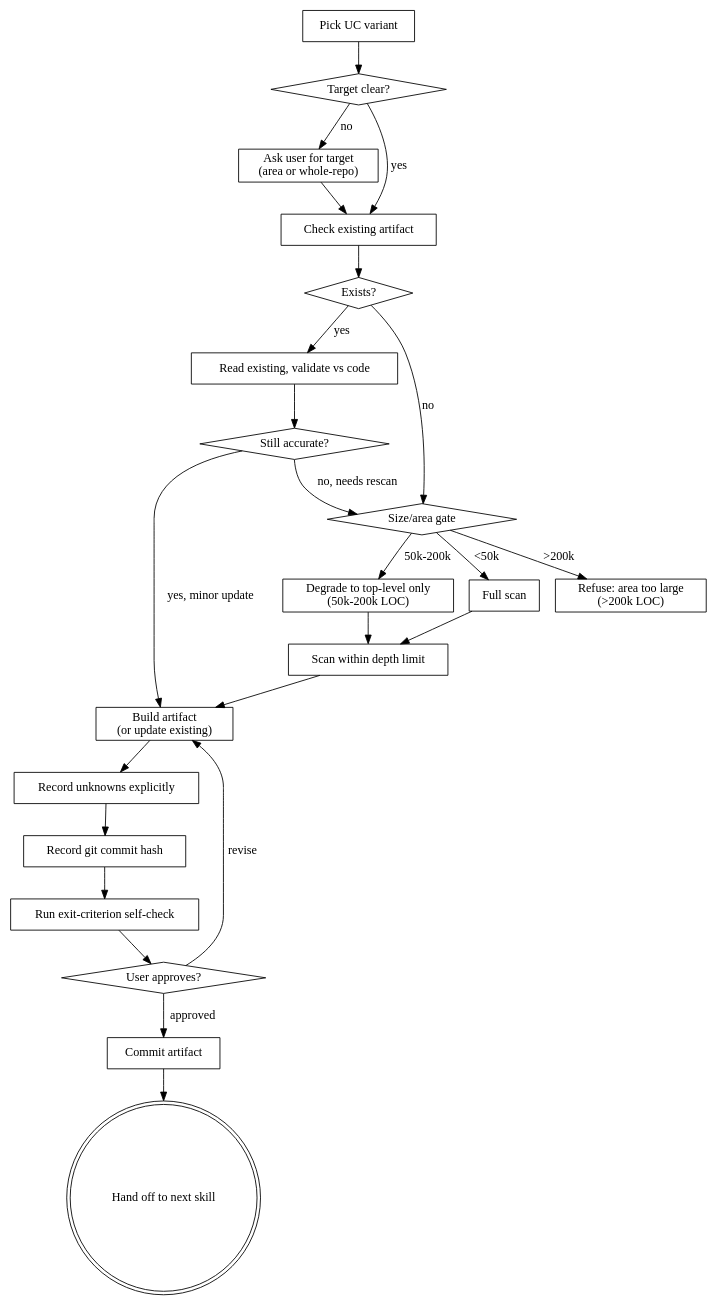
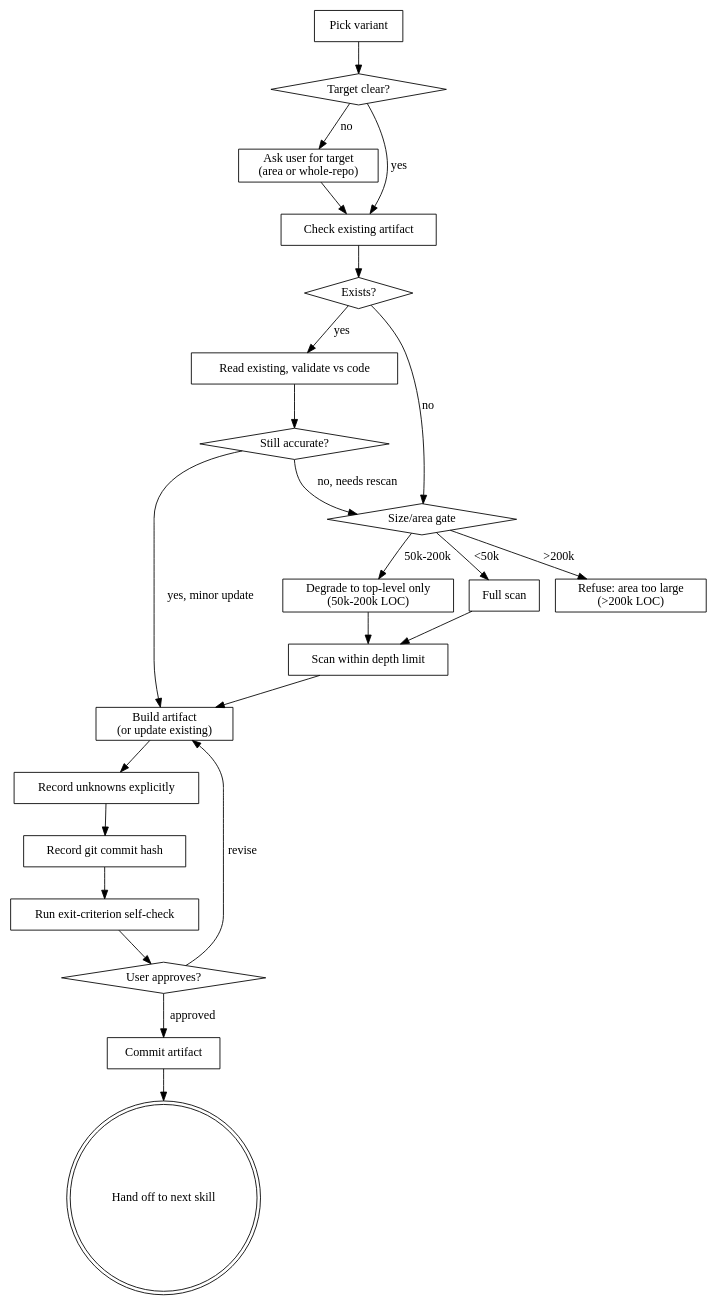
Before and after one commit to knotmark-ai/devmuse: the diagram in skills/mu-explore/SKILL.md, drawn with Graphviz. The commit also changed other lines of this file and 1 other file, not shown here.

````diff
--- a/skills/mu-explore/SKILL.md
+++ b/skills/mu-explore/SKILL.md
@@ -48,47 +48,47 @@
 ```dot
 digraph mu_explore {
-    "Pick UC variant" [shape=box];
+    "Pick variant" [shape=box];
     "Target clear?" [shape=diamond];
     "Ask user for target\n(area or whole-repo)" [shape=box];
     "Check existing artifact" [shape=box];
     "Exists?" [shape=diamond];
     "Read existing, validate vs code" [shape=box];
     "Still accurate?" [shape=diamond];
     "Size/area gate" [shape=diamond];
     "Refuse: area too large\n(>200k LOC)" [shape=box];
     "Degrade to top-level only\n(50k-200k LOC)" [shape=box];
     "Full scan" [shape=box];
     "Scan within depth limit" [shape=box];
     "Build artifact\n(or update existing)" [shape=box];
     "Record unknowns explicitly" [shape=box];
     "Record git commit hash" [shape=box];
     "Run exit-criterion self-check" [shape=box];
     "User approves?" [shape=diamond];
     "Commit artifact" [shape=box];
     "Hand off to next skill" [shape=doublecircle];
 
-    "Pick UC variant" -> "Target clear?";
+    "Pick variant" -> "Target clear?";
     "Target clear?" -> "Ask user for target\n(area or whole-repo)" [label="no"];
     "Target clear?" -> "Check existing artifact" [label="yes"];
     "Ask user for target\n(area or whole-repo)" -> "Check existing artifact";
     "Check existing artifact" -> "Exists?";
     "Exists?" -> "Read existing, validate vs code" [label="yes"];
     "Exists?" -> "Size/area gate" [label="no"];
     "Read existing, validate vs code" -> "Still accurate?";
     "Still accurate?" -> "Build artifact\n(or update existing)" [label="yes, minor update"];
     "Still accurate?" -> "Size/area gate" [label="no, needs rescan"];
     "Size/area gate" -> "Refuse: area too large\n(>200k LOC)" [label=">200k"];
     "Size/area gate" -> "Degrade to top-level only\n(50k-200k LOC)" [label="50k-200k"];
     "Size/area gate" -> "Full scan" [label="<50k"];
     "Degrade to top-level only\n(50k-200k LOC)" -> "Scan within depth limit";
     "Full scan" -> "Scan within depth limit";
     "Scan within depth limit" -> "Build artifact\n(or update existing)";
     "Build artifact\n(or update existing)" -> "Record unknowns explicitly";
     "Record unknowns explicitly" -> "Record git commit hash";
     "Record git commit hash" -> "Run exit-criterion self-check";
     "Run exit-criterion self-check" -> "User approves?";
     "User approves?" -> "Build artifact\n(or update existing)" [label="revise"];
     "User approves?" -> "Commit artifact" [label="approved"];
     "Commit artifact" -> "Hand off to next skill";
 }
 ```
````
